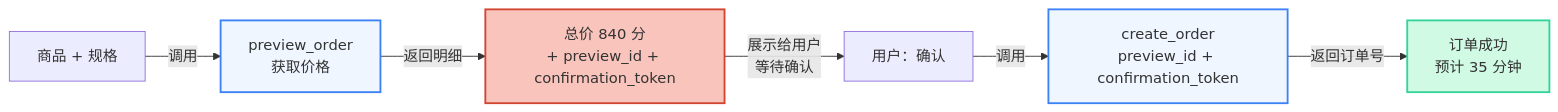
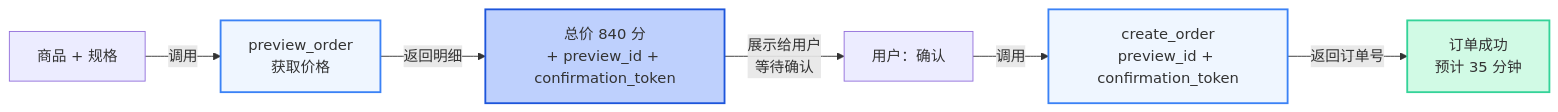
The third of 3 diagrams in super-agent/food-delivery.mdx (clawdot/docs), drawn with Mermaid before and after one commit. The commit also changed other lines of this file and 43 other files, not shown here.

````diff
--- a/super-agent/food-delivery.mdx
+++ b/super-agent/food-delivery.mdx
@@ -220,13 +220,13 @@
 ```mermaid
 graph LR
   A["商品 + 规格"] -->|调用| B["preview_order<br/>获取价格"]
   B -->|返回明细| C["总价 840 分<br/>+ preview_id + confirmation_token"]
   C -->|展示给用户<br/>等待确认| D["用户：确认"]
   D -->|调用| E["create_order<br/>preview_id + confirmation_token"]
   E -->|返回订单号| F["订单成功<br/>预计 35 分钟"]
 
   style B fill:#EFF6FF,stroke:#3B82F6,stroke-width:2px
-  style C fill:#f9c4bc,stroke:#D14430,stroke-width:2px
+  style C fill:#BED0FD,stroke:#1D55DB,stroke-width:2px
   style E fill:#EFF6FF,stroke:#3B82F6,stroke-width:2px
   style F fill:#D1FAE5,stroke:#34D399,stroke-width:2px
 ```
````
